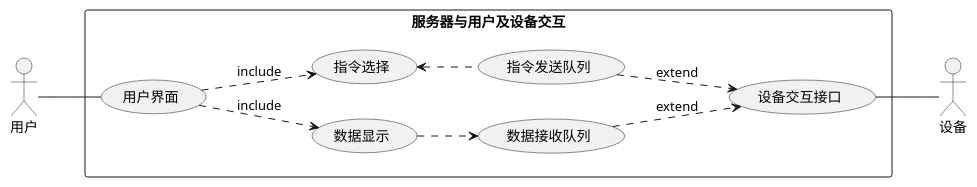
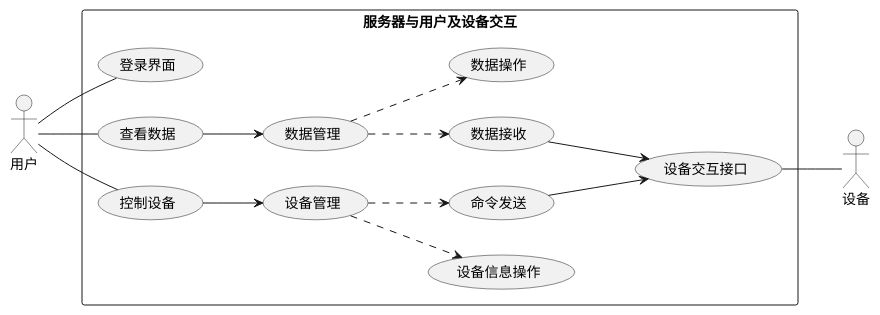
One commit to wzyskylake/Star-Fire changed the diagram in Design/RequirementAnalysis/UsecaseDiagram_3.wsd. Above: the diagram before and after it, drawn with PlantUML. The commit also changed 45 other files, not shown here.

```diff
--- a/Design/RequirementAnalysis/UsecaseDiagram_3.wsd
+++ b/Design/RequirementAnalysis/UsecaseDiagram_3.wsd
@@ -1,16 +1,20 @@
 @startuml 服务器与用户及设备交互
 left to right direction
 skinparam packageStyle rectangle
 actor 用户 as user
 rectangle 服务器与用户及设备交互{
-    user -- (用户界面)
-    (用户界面) .-> (数据显示):include
-    (用户界面) .-> (指令选择):include
-    (指令选择) <.- (指令发送队列)
-    (数据显示) .-> (数据接收队列)
-    (数据接收队列) .-> (设备交互接口):extend
-    (指令发送队列) .-> (设备交互接口):extend
+    user -- (登录界面)
+    user -- (查看数据)
+    user -- (控制设备)
+    (查看数据) --> (数据管理)
+    (控制设备) --> (设备管理)
+    (数据管理) ..> (数据接收)
+    (数据管理) ..> (数据操作)
+    (设备管理) ..> (设备信息操作)
+    (设备管理) ..> (命令发送)
+    (数据接收) --> (设备交互接口)
+    (命令发送) --> (设备交互接口)
 }
 actor 设备 as device
 (设备交互接口) -- device
 @enduml
```
